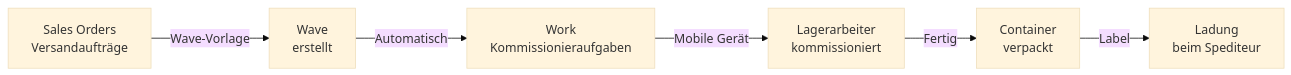
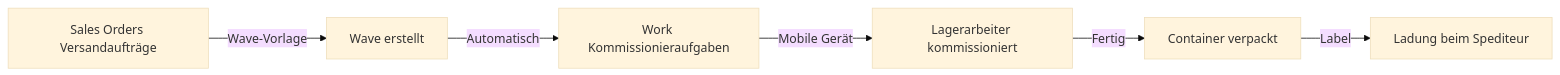
The second of 7 diagrams in Microsoft 365/Dynamics 365/Dynamics 365 Supply Chain Management.md (SoniiiT/notes-n-docs), drawn with Mermaid (base theme) before and after one commit. The commit also changed other lines of this file and 124 other files, not shown here.

First line of the commit message:
fix: Entferne \n aus allen Mermaid-Diagrammen (125 Dateien)

````diff
--- a/Microsoft 365/Dynamics 365/Dynamics 365 Supply Chain Management.md
+++ b/Microsoft 365/Dynamics 365/Dynamics 365 Supply Chain Management.md
@@ -59,8 +59,8 @@
 ```mermaid
 graph LR
-    SO[Sales Orders\nVersandaufträge] -->|Wave-Vorlage| WV[Wave\nerstellt]
-    WV -->|Automatisch| WORK[Work\nKommissionieraufgaben]
-    WORK -->|Mobile Gerät| WRK[Lagerarbeiter\nkommissioniert]
-    WRK -->|Fertig| CONT[Container\nverpackt]
-    CONT -->|Label| LOAD[Ladung\nbeim Spediteur]
+    SO[Sales Orders Versandaufträge] -->|Wave-Vorlage| WV[Wave erstellt]
+    WV -->|Automatisch| WORK[Work Kommissionieraufgaben]
+    WORK -->|Mobile Gerät| WRK[Lagerarbeiter kommissioniert]
+    WRK -->|Fertig| CONT[Container verpackt]
+    CONT -->|Label| LOAD[Ladung beim Spediteur]
 ```
````
